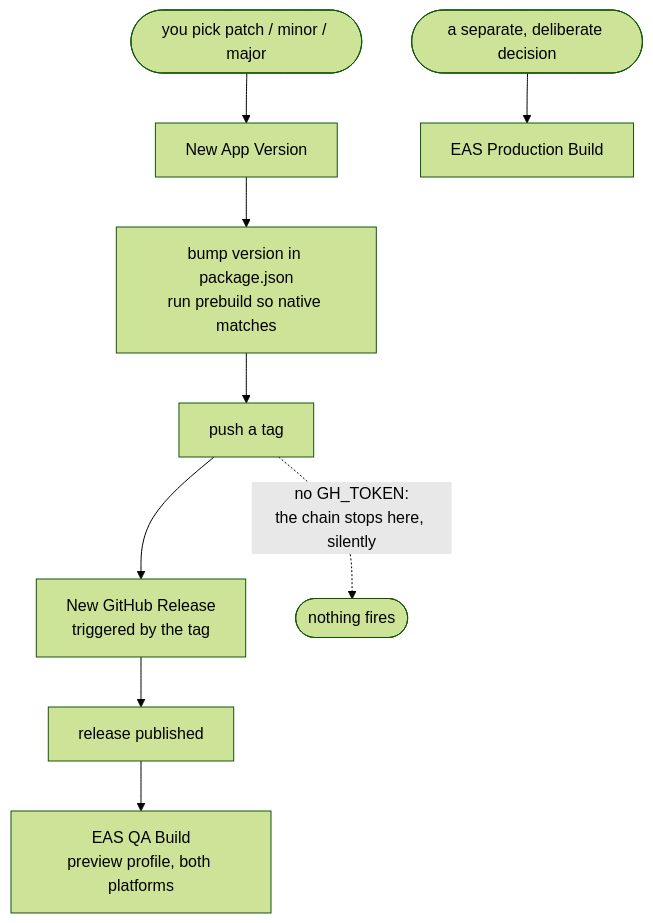
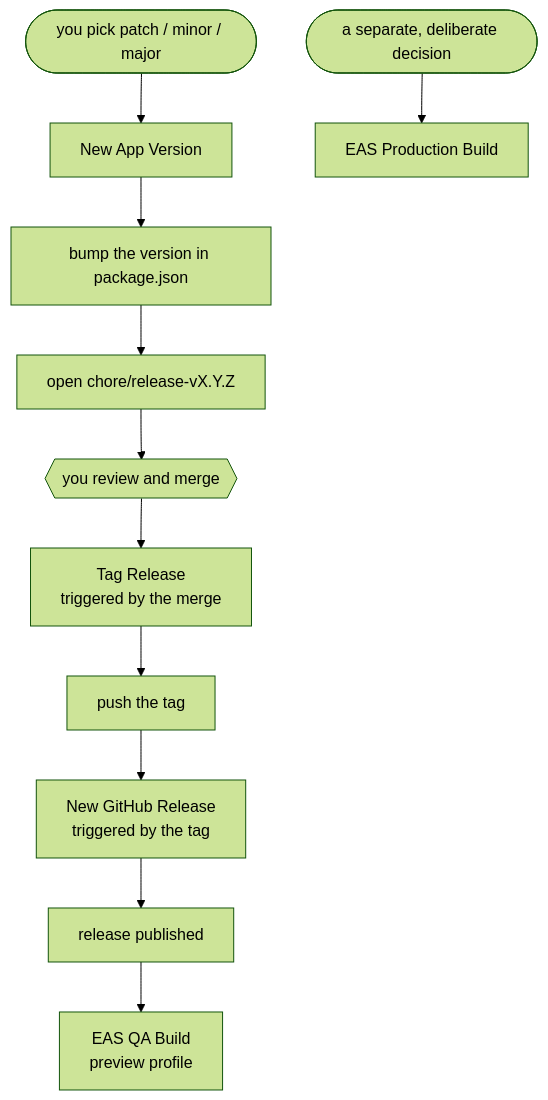
The second of 2 diagrams in docs/ci/workflows.md (TiagoOlivv/s-expo), drawn with Mermaid (forest theme) before and after one commit. The commit also changed other lines of this file and 5 other files, not shown here.

````diff
--- a/docs/ci/workflows.md
+++ b/docs/ci/workflows.md
@@ -72,14 +73,15 @@
 ```mermaid
 flowchart TD
     START(["you pick patch / minor / major"]) --> VER["New App Version"]
-    VER --> BUMP["bump version in package.json<br/>run prebuild so native matches"]
-    BUMP --> TAG["push a tag"]
+    VER --> BUMP["bump the version in package.json"]
+    BUMP --> PR["open chore/release-vX.Y.Z"]
+    PR --> REVIEW{{"you review and merge"}}
+    REVIEW --> TAGW["Tag Release<br/>triggered by the merge"]
+    TAGW --> TAG["push the tag"]
     TAG --> GHREL["New GitHub Release<br/>triggered by the tag"]
     GHREL --> PUB["release published"]
-    PUB --> QA["EAS QA Build<br/>preview profile, both platforms"]
+    PUB --> QA["EAS QA Build<br/>preview profile"]
 
     PROD["EAS Production Build"]
     MANUAL(["a separate, deliberate decision"]) --> PROD
-
-    TAG -.->|"no GH_TOKEN:<br/>the chain stops here, silently"| DEAD(["nothing fires"])
 ```
````
